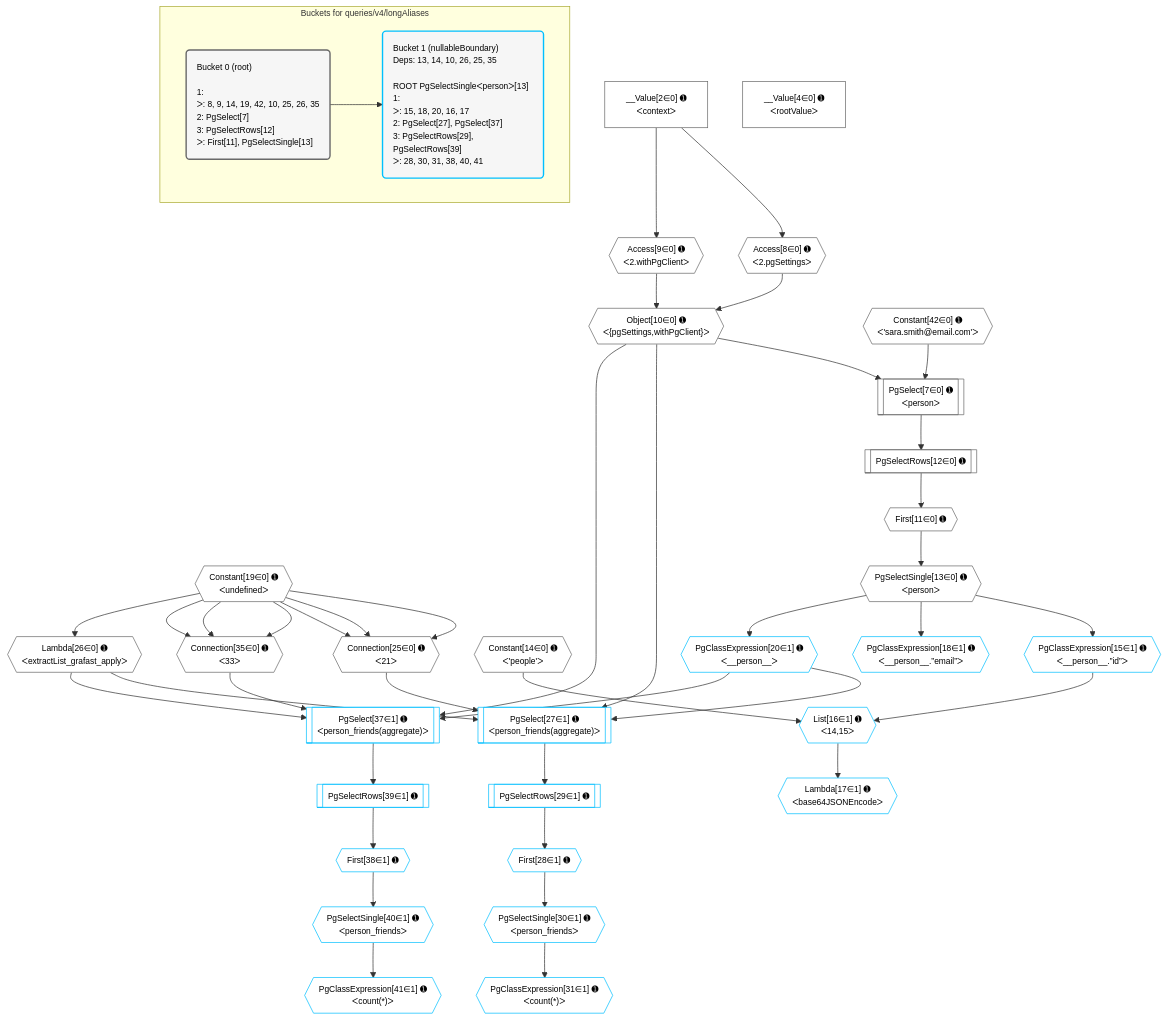
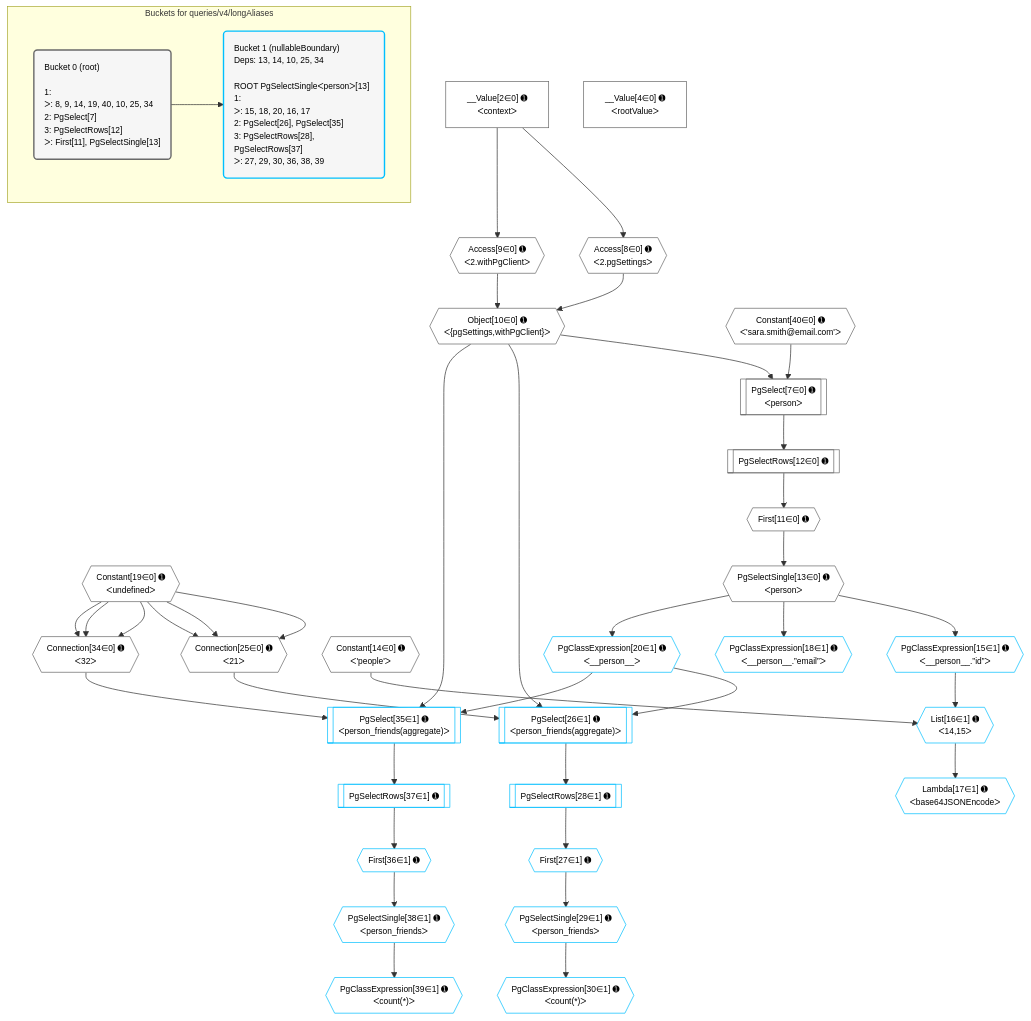
One commit to graphile/crystal changed the diagram in postgraphile/postgraphile/__tests__/queries/v4/longAliases.mermaid. Above: the diagram before and after it, drawn with Mermaid. The commit also changed 162 other files, not shown here.

Commit message:
Update plan diagrams now that extractEnumExtensionValue has been removed

```diff
--- a/postgraphile/postgraphile/__tests__/queries/v4/longAliases.mermaid
+++ b/postgraphile/postgraphile/__tests__/queries/v4/longAliases.mermaid
@@ -1,78 +1,76 @@
 %%{init: {'themeVariables': { 'fontSize': '12px'}}}%%
 graph TD
     classDef path fill:#eee,stroke:#000,color:#000
     classDef plan fill:#fff,stroke-width:1px,color:#000
     classDef itemplan fill:#fff,stroke-width:2px,color:#000
     classDef unbatchedplan fill:#dff,stroke-width:1px,color:#000
     classDef sideeffectplan fill:#fcc,stroke-width:2px,color:#000
     classDef bucket fill:#f6f6f6,color:#000,stroke-width:2px,text-align:left
 
 
     %% plan dependencies
     Connection25{{"Connection[25∈0] ➊<br />ᐸ21ᐳ"}}:::plan
     Constant19{{"Constant[19∈0] ➊<br />ᐸundefinedᐳ"}}:::plan
     Constant19 & Constant19 & Constant19 --> Connection25
-    Connection35{{"Connection[35∈0] ➊<br />ᐸ33ᐳ"}}:::plan
-    Constant19 & Constant19 & Constant19 --> Connection35
+    Connection34{{"Connection[34∈0] ➊<br />ᐸ32ᐳ"}}:::plan
+    Constant19 & Constant19 & Constant19 --> Connection34
     PgSelect7[["PgSelect[7∈0] ➊<br />ᐸpersonᐳ"]]:::plan
     Object10{{"Object[10∈0] ➊<br />ᐸ{pgSettings,withPgClient}ᐳ"}}:::plan
-    Constant42{{"Constant[42∈0] ➊<br />ᐸ'sara.smith@email.com'ᐳ"}}:::plan
-    Object10 & Constant42 --> PgSelect7
+    Constant40{{"Constant[40∈0] ➊<br />ᐸ'sara.smith@email.com'ᐳ"}}:::plan
+    Object10 & Constant40 --> PgSelect7
     Access8{{"Access[8∈0] ➊<br />ᐸ2.pgSettingsᐳ"}}:::plan
     Access9{{"Access[9∈0] ➊<br />ᐸ2.withPgClientᐳ"}}:::plan
     Access8 & Access9 --> Object10
     __Value2["__Value[2∈0] ➊<br />ᐸcontextᐳ"]:::plan
     __Value2 --> Access8
     __Value2 --> Access9
     First11{{"First[11∈0] ➊"}}:::plan
     PgSelectRows12[["PgSelectRows[12∈0] ➊"]]:::plan
     PgSelectRows12 --> First11
     PgSelect7 --> PgSelectRows12
     PgSelectSingle13{{"PgSelectSingle[13∈0] ➊<br />ᐸpersonᐳ"}}:::plan
     First11 --> PgSelectSingle13
-    Lambda26{{"Lambda[26∈0] ➊<br />ᐸextractList_grafast_applyᐳ"}}:::plan
-    Constant19 --> Lambda26
     __Value4["__Value[4∈0] ➊<br />ᐸrootValueᐳ"]:::plan
     Constant14{{"Constant[14∈0] ➊<br />ᐸ'people'ᐳ"}}:::plan
-    PgSelect27[["PgSelect[27∈1] ➊<br />ᐸperson_friends(aggregate)ᐳ"]]:::plan
+    PgSelect26[["PgSelect[26∈1] ➊<br />ᐸperson_friends(aggregate)ᐳ"]]:::plan
     PgClassExpression20{{"PgClassExpression[20∈1] ➊<br />ᐸ__person__ᐳ"}}:::plan
-    Object10 & PgClassExpression20 & Lambda26 & Connection25 --> PgSelect27
-    PgSelect37[["PgSelect[37∈1] ➊<br />ᐸperson_friends(aggregate)ᐳ"]]:::plan
-    Object10 & PgClassExpression20 & Lambda26 & Connection35 --> PgSelect37
+    Object10 & PgClassExpression20 & Connection25 --> PgSelect26
+    PgSelect35[["PgSelect[35∈1] ➊<br />ᐸperson_friends(aggregate)ᐳ"]]:::plan
+    Object10 & PgClassExpression20 & Connection34 --> PgSelect35
     List16{{"List[16∈1] ➊<br />ᐸ14,15ᐳ"}}:::plan
     PgClassExpression15{{"PgClassExpression[15∈1] ➊<br />ᐸ__person__.”id”ᐳ"}}:::plan
     Constant14 & PgClassExpression15 --> List16
     PgSelectSingle13 --> PgClassExpression15
     Lambda17{{"Lambda[17∈1] ➊<br />ᐸbase64JSONEncodeᐳ"}}:::plan
     List16 --> Lambda17
     PgClassExpression18{{"PgClassExpression[18∈1] ➊<br />ᐸ__person__.”email”ᐳ"}}:::plan
     PgSelectSingle13 --> PgClassExpression18
     PgSelectSingle13 --> PgClassExpression20
-    First28{{"First[28∈1] ➊"}}:::plan
-    PgSelectRows29[["PgSelectRows[29∈1] ➊"]]:::plan
-    PgSelectRows29 --> First28
-    PgSelect27 --> PgSelectRows29
-    PgSelectSingle30{{"PgSelectSingle[30∈1] ➊<br />ᐸperson_friendsᐳ"}}:::plan
-    First28 --> PgSelectSingle30
-    PgClassExpression31{{"PgClassExpression[31∈1] ➊<br />ᐸcount(*)ᐳ"}}:::plan
-    PgSelectSingle30 --> PgClassExpression31
-    First38{{"First[38∈1] ➊"}}:::plan
-    PgSelectRows39[["PgSelectRows[39∈1] ➊"]]:::plan
-    PgSelectRows39 --> First38
-    PgSelect37 --> PgSelectRows39
-    PgSelectSingle40{{"PgSelectSingle[40∈1] ➊<br />ᐸperson_friendsᐳ"}}:::plan
-    First38 --> PgSelectSingle40
-    PgClassExpression41{{"PgClassExpression[41∈1] ➊<br />ᐸcount(*)ᐳ"}}:::plan
-    PgSelectSingle40 --> PgClassExpression41
+    First27{{"First[27∈1] ➊"}}:::plan
+    PgSelectRows28[["PgSelectRows[28∈1] ➊"]]:::plan
+    PgSelectRows28 --> First27
+    PgSelect26 --> PgSelectRows28
+    PgSelectSingle29{{"PgSelectSingle[29∈1] ➊<br />ᐸperson_friendsᐳ"}}:::plan
+    First27 --> PgSelectSingle29
+    PgClassExpression30{{"PgClassExpression[30∈1] ➊<br />ᐸcount(*)ᐳ"}}:::plan
+    PgSelectSingle29 --> PgClassExpression30
+    First36{{"First[36∈1] ➊"}}:::plan
+    PgSelectRows37[["PgSelectRows[37∈1] ➊"]]:::plan
+    PgSelectRows37 --> First36
+    PgSelect35 --> PgSelectRows37
+    PgSelectSingle38{{"PgSelectSingle[38∈1] ➊<br />ᐸperson_friendsᐳ"}}:::plan
+    First36 --> PgSelectSingle38
+    PgClassExpression39{{"PgClassExpression[39∈1] ➊<br />ᐸcount(*)ᐳ"}}:::plan
+    PgSelectSingle38 --> PgClassExpression39
 
     %% define steps
 
     subgraph "Buckets for queries/v4/longAliases"
-    Bucket0("Bucket 0 (root)<br /><br />1: <br />ᐳ: 8, 9, 14, 19, 42, 10, 25, 26, 35<br />2: PgSelect[7]<br />3: PgSelectRows[12]<br />ᐳ: First[11], PgSelectSingle[13]"):::bucket
+    Bucket0("Bucket 0 (root)<br /><br />1: <br />ᐳ: 8, 9, 14, 19, 40, 10, 25, 34<br />2: PgSelect[7]<br />3: PgSelectRows[12]<br />ᐳ: First[11], PgSelectSingle[13]"):::bucket
     classDef bucket0 stroke:#696969
-    class Bucket0,__Value2,__Value4,PgSelect7,Access8,Access9,Object10,First11,PgSelectRows12,PgSelectSingle13,Constant14,Constant19,Connection25,Lambda26,Connection35,Constant42 bucket0
-    Bucket1("Bucket 1 (nullableBoundary)<br />Deps: 13, 14, 10, 26, 25, 35<br /><br />ROOT PgSelectSingleᐸpersonᐳ[13]<br />1: <br />ᐳ: 15, 18, 20, 16, 17<br />2: PgSelect[27], PgSelect[37]<br />3: PgSelectRows[29], PgSelectRows[39]<br />ᐳ: 28, 30, 31, 38, 40, 41"):::bucket
+    class Bucket0,__Value2,__Value4,PgSelect7,Access8,Access9,Object10,First11,PgSelectRows12,PgSelectSingle13,Constant14,Constant19,Connection25,Connection34,Constant40 bucket0
+    Bucket1("Bucket 1 (nullableBoundary)<br />Deps: 13, 14, 10, 25, 34<br /><br />ROOT PgSelectSingleᐸpersonᐳ[13]<br />1: <br />ᐳ: 15, 18, 20, 16, 17<br />2: PgSelect[26], PgSelect[35]<br />3: PgSelectRows[28], PgSelectRows[37]<br />ᐳ: 27, 29, 30, 36, 38, 39"):::bucket
     classDef bucket1 stroke:#00bfff
-    class Bucket1,PgClassExpression15,List16,Lambda17,PgClassExpression18,PgClassExpression20,PgSelect27,First28,PgSelectRows29,PgSelectSingle30,PgClassExpression31,PgSelect37,First38,PgSelectRows39,PgSelectSingle40,PgClassExpression41 bucket1
+    class Bucket1,PgClassExpression15,List16,Lambda17,PgClassExpression18,PgClassExpression20,PgSelect26,First27,PgSelectRows28,PgSelectSingle29,PgClassExpression30,PgSelect35,First36,PgSelectRows37,PgSelectSingle38,PgClassExpression39 bucket1
     Bucket0 --> Bucket1
     end
```
